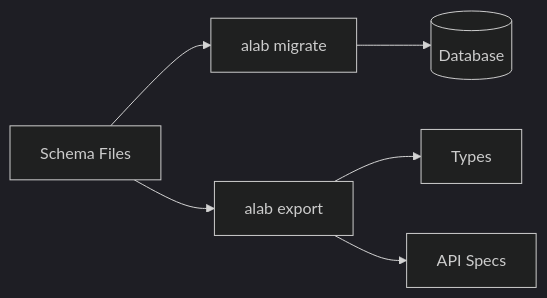
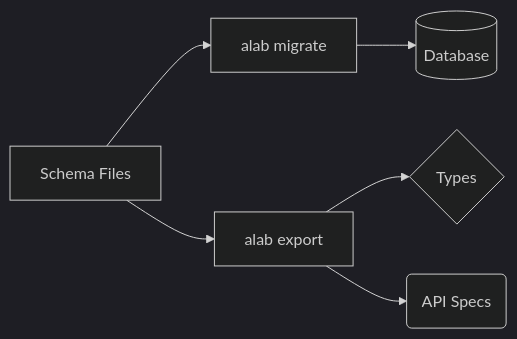
Before and after one commit to hlop3z/astroladb: the first of 2 diagrams in docs/src/content/docs/index.mdx, drawn with Mermaid (dark theme). The commit also changed other lines of this file and 5 other files, not shown here.

````diff
--- a/docs/src/content/docs/index.mdx
+++ b/docs/src/content/docs/index.mdx
@@ -102,8 +102,8 @@
 ```mermaid
 graph LR
     A[Schema Files] --> B[alab migrate]
     A --> C[alab export]
     B --> D[(Database)]
-    C --> E[Types]
-    C --> F[API Specs]
+    C --> E{Types}
+    C --> F(API Specs)
 ```
````
